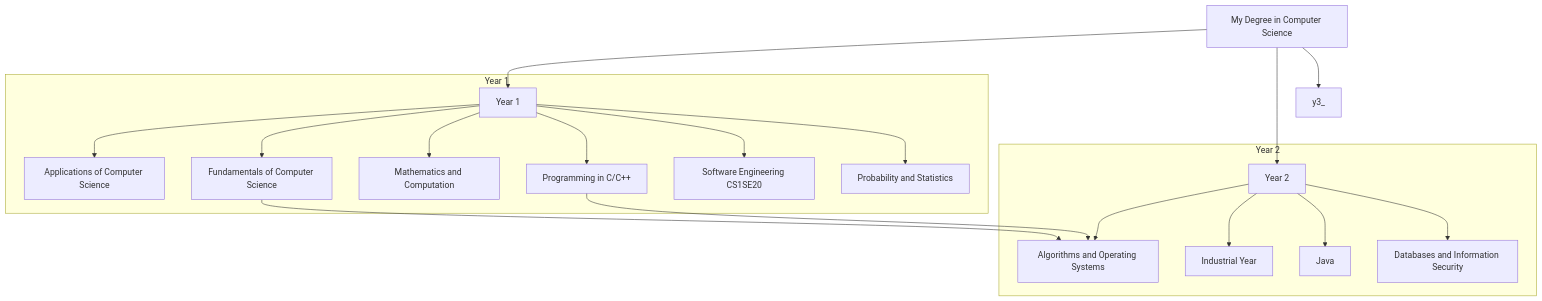
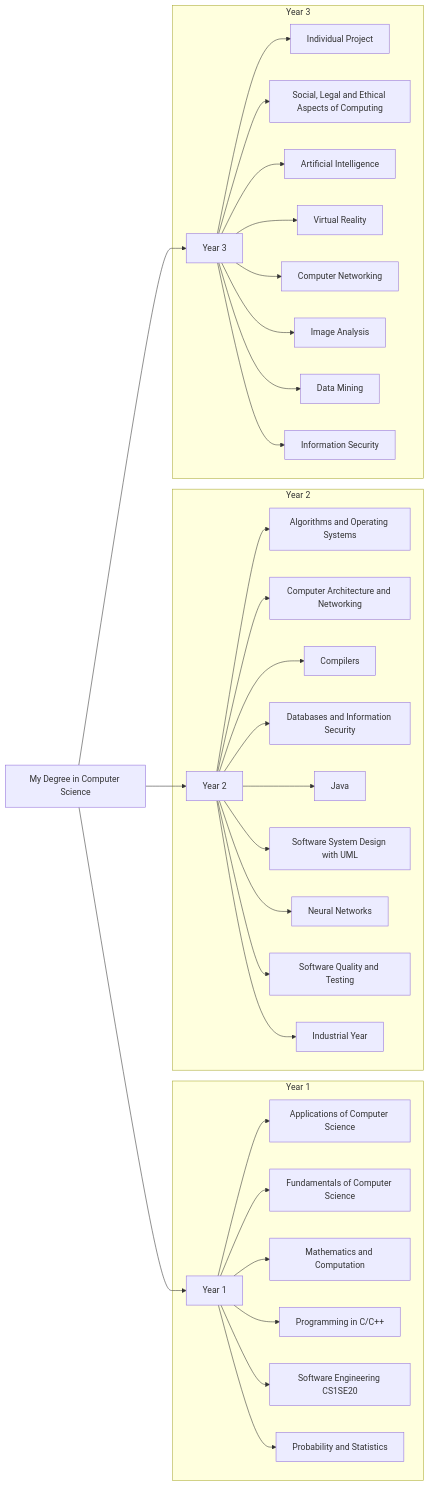
Before and after one commit to joshjh2002/software-engineering-models: the first of 2 diagrams in LearningPlan.md, drawn with Mermaid. The commit also changed other lines of this file, not shown here.

Commit message:
Writing my CV

````diff
--- a/LearningPlan.md
+++ b/LearningPlan.md
@@ -22,44 +22,74 @@
 ```mermaid
-graph TD
+graph LR
 
 root[My Degree in Computer Science]
 
 
 root --> y1_
 root --> y2_
 root --> y3_
 
 y1_[Year 1]
 cs1ac16[Applications of Computer Science]
 cs1fc16[Fundamentals of Computer Science]
 cs1ma20[Mathematics and Computation]
 cs1pc20[Programming in C/C++]
 cs1se20[Software Engineering CS1SE20]
 st1ps[Probability and Statistics]
 
 subgraph Year 1
 y1_ --> cs1ac16
 y1_ --> cs1fc16
 y1_ --> cs1ma20
 y1_ --> cs1pc20
 y1_ --> cs1se20
 y1_ --> st1ps
 end
 
 y2_[Year 2]
 
 cs2ao17[Algorithms and Operating Systems]
+cs2ac17[Computer Architecture and Networking]
+cs2co16[Compilers]
 cs2di17[Databases and Information Security]
 cs2ja16[Java]
+cs2ss20[Software System Design with UML]
+cs2nn16[Neural Networks]
+cs2sq17[Software Quality and Testing]
 cs2iy16[Industrial Year]
 
 subgraph Year 2
 y2_ --> cs2ao17
+y2_ --> cs2ac17
+y2_ --> cs2co16
+y2_ --> cs2di17
+y2_ --> cs2ja16
+y2_ --> cs2ss20
+y2_ --> cs2nn16
+y2_ --> cs2sq17
 y2_ --> cs2iy16
-y2_ --> cs2ja16
-y2_ --> cs2di17
 end
 
-cs1fc16 --> cs2ao17
-cs1pc20 --> cs2ao17
+
+y3_[Year 3]
+
+cs3ip16[Individual Project]
+cs3sc17[Social, Legal and Ethical Aspects of Computing]
+cs3ai18[Artificial Intelligence]
+cs3vr16[Virtual Reality]
+cs3cn16[Computer Networking]
+cs3ia16[Image Analysis]
+cs3dm16[Data Mining]
+cs3is16[Information Security]
+
+subgraph Year 3
+y3_ --> cs3ip16
+y3_ --> cs3sc17
+y3_ --> cs3ai18
+y3_ --> cs3vr16
+y3_ --> cs3cn16
+y3_ --> cs3ia16
+y3_ --> cs3dm16
+y3_ --> cs3is16
+end
 ```
````
